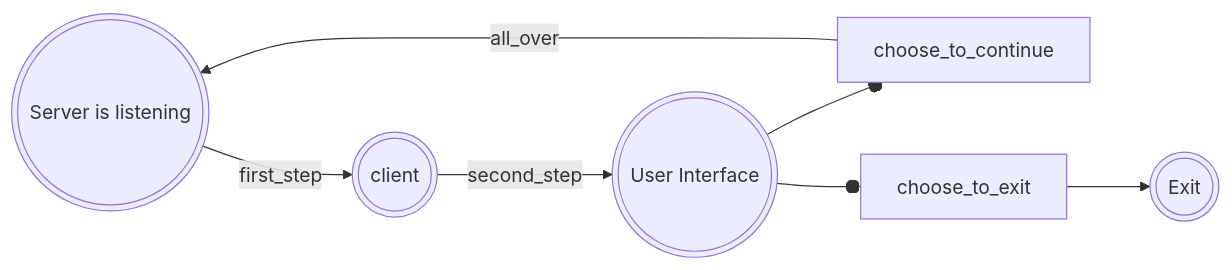
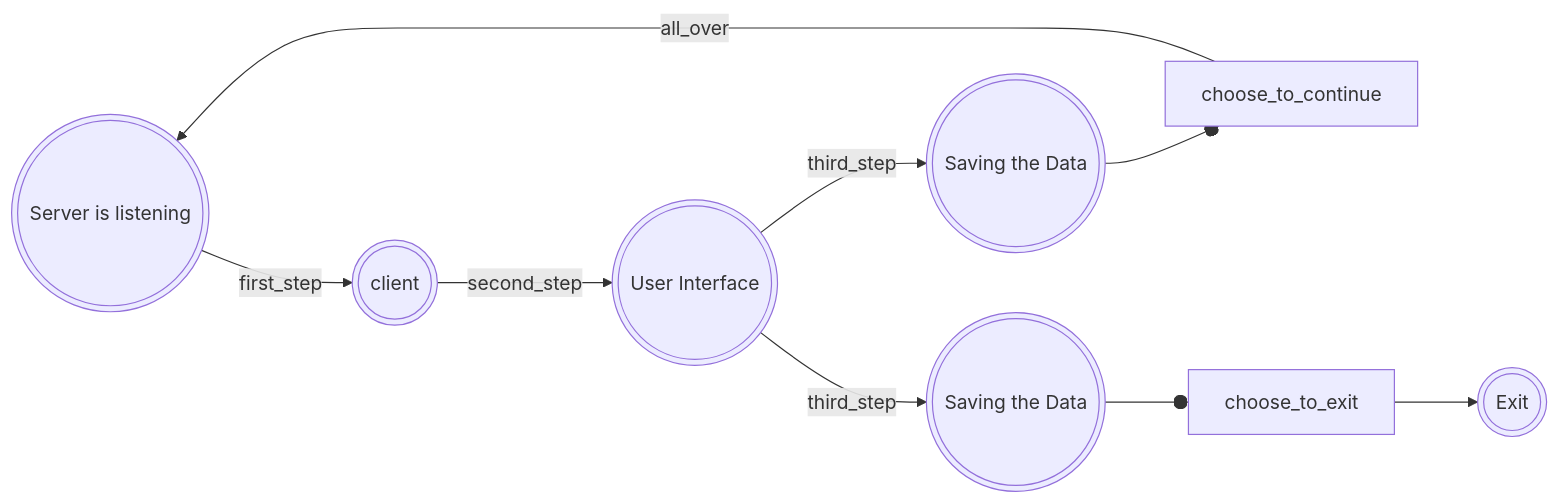
The diagram in README.md (IftachZilcaPaz/Python-proj), drawn with Mermaid before and after one commit.

````diff
--- a/README.md
+++ b/README.md
@@ -35,14 +35,16 @@
 ```mermaid
 flowchart LR
     %% ^ These subgraphs are identical, except for the links to them:
 
     %% Link *to* subgraph1: subgraph1 direction is maintained
     
     id1(((Server is listening))) --first_step--> id2(((client)))
     id2(((client))) --second_step--> id3(((User Interface)))
-    id3(((User Interface))) --ochoose_to_continue--all_over --> id1(((Server is listening)))
-    id3(((User Interface))) --ochoose_to_exit--> id4(((Exit)))
+    id3(((User Interface))) --third_step--> id5(((Saving the Data)))
+    id5(((Saving the Data))) --ochoose_to_continue--all_over --> id1(((Server is listening)))
+    id3(((User Interface))) --third_step--> id6(((Saving the Data)))
+    id6(((Saving the Data))) --ochoose_to_exit--> id4(((Exit)))
     %% Link *within* subgraph2:
     %% subgraph2 inherits the direction of the top-level graph (LR)
     %% outside ---> top2
 ```
````
